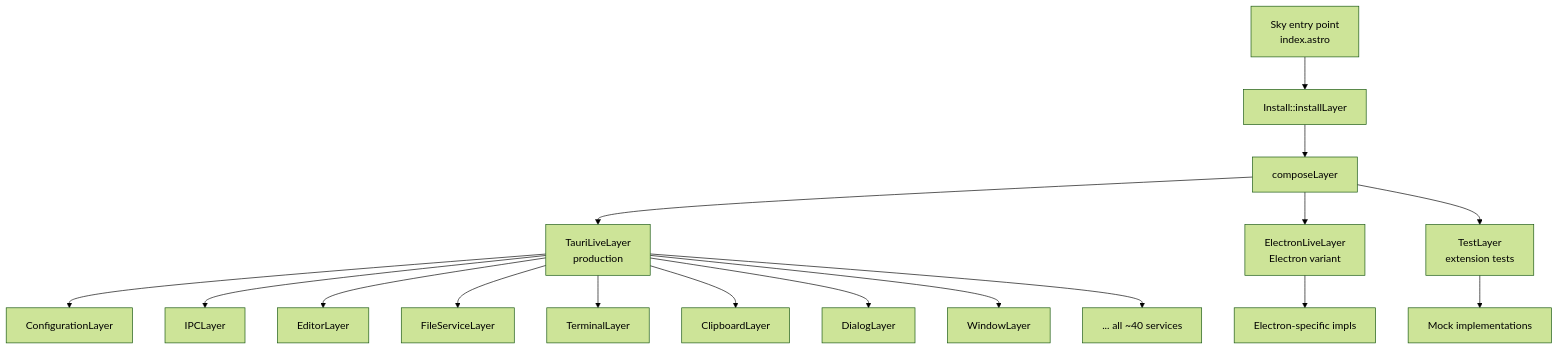
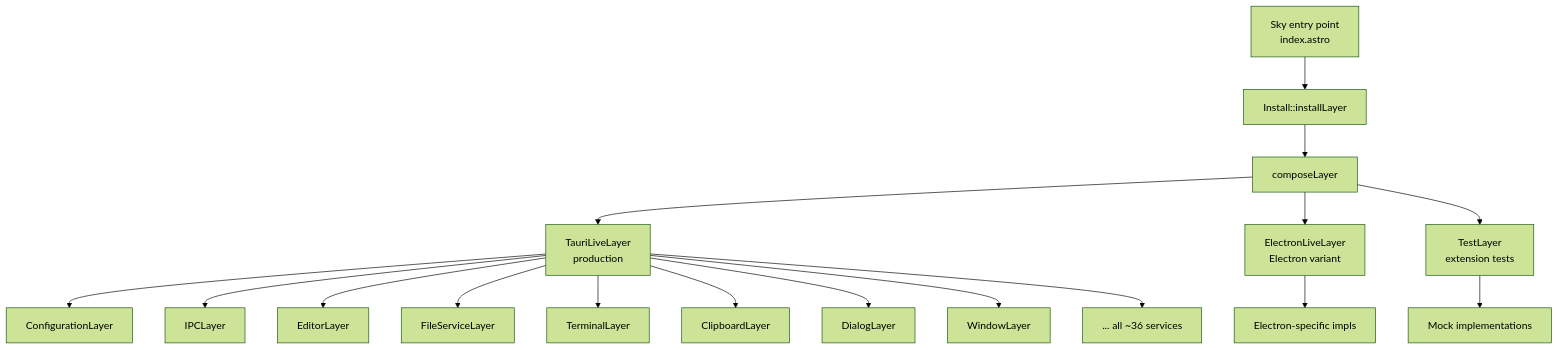
One commit to CodeEditorLand/Land changed the second of 3 diagrams in Documentation/GitHub/EditorCore.md. Above: the diagram before and after it, drawn with Mermaid (forest theme). The commit also changed other lines of this file and 21 other files, not shown here.

````diff
--- a/Documentation/GitHub/EditorCore.md
+++ b/Documentation/GitHub/EditorCore.md
@@ -183,23 +183,23 @@
 ```mermaid
 graph TB
     Sky[Sky entry point<br/>index.astro] --> Install[Install::installLayer]
     Install --> Compose[composeLayer]
 
     Compose --> Tauri[TauriLiveLayer<br/>production]
     Compose --> Electron[ElectronLiveLayer<br/>Electron variant]
     Compose --> Test[TestLayer<br/>extension tests]
 
     Tauri --> Config[ConfigurationLayer]
     Tauri --> IPC[IPCLayer]
     Tauri --> Editor[EditorLayer]
     Tauri --> File[FileServiceLayer]
     Tauri --> Terminal[TerminalLayer]
     Tauri --> Clipboard[ClipboardLayer]
     Tauri --> Dialog[DialogLayer]
     Tauri --> Window[WindowLayer]
-    Tauri --> Services[... all ~40 services]
+    Tauri --> Services[... all ~36 services]
 
     Electron --> ElectronImpl[Electron-specific impls]
 
     Test --> Mock[Mock implementations]
 ```
````
